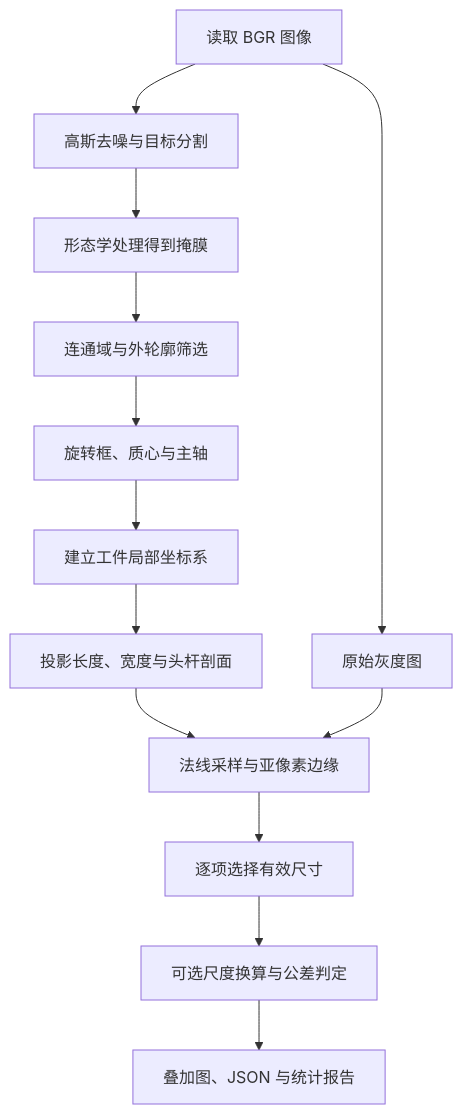
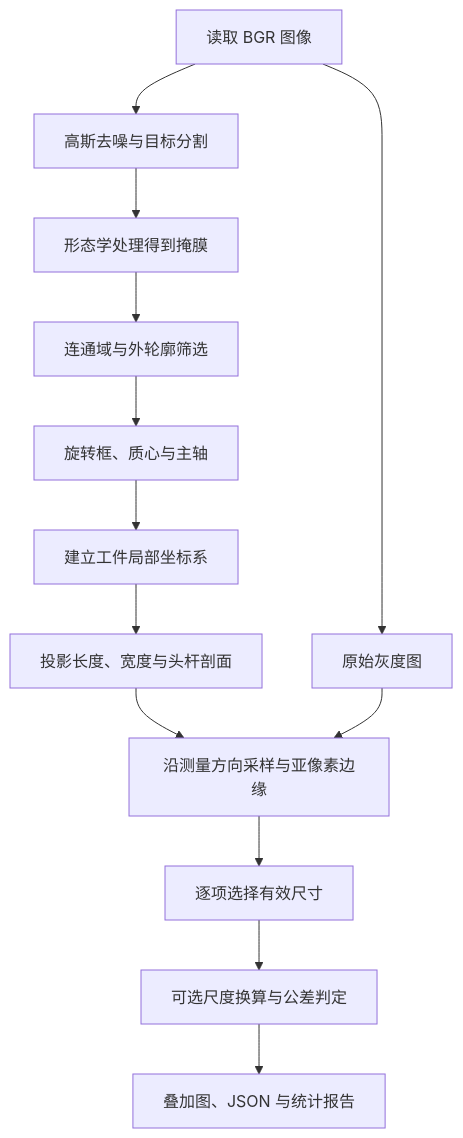
One commit to ChutianDuan/ScrewMetrology changed the diagram in README.md. Above: the diagram before and after it, drawn with Mermaid. The commit also changed other lines of this file and 38 other files, not shown here.

````diff
--- a/README.md
+++ b/README.md
@@ -65,15 +139,15 @@
 ```mermaid
 flowchart TD
     A[读取 BGR 图像] --> B[高斯去噪与目标分割]
     B --> C[形态学处理得到掩膜]
     C --> D[连通域与外轮廓筛选]
     D --> E[旋转框、质心与主轴]
     E --> F[建立工件局部坐标系]
     F --> G[投影长度、宽度与头杆剖面]
     A --> H[原始灰度图]
-    G --> I[法线采样与亚像素边缘]
+    G --> I[沿测量方向采样与亚像素边缘]
     H --> I
     I --> J[逐项选择有效尺寸]
     J --> K[可选尺度换算与公差判定]
     K --> L[叠加图、JSON 与统计报告]
 ```
````
